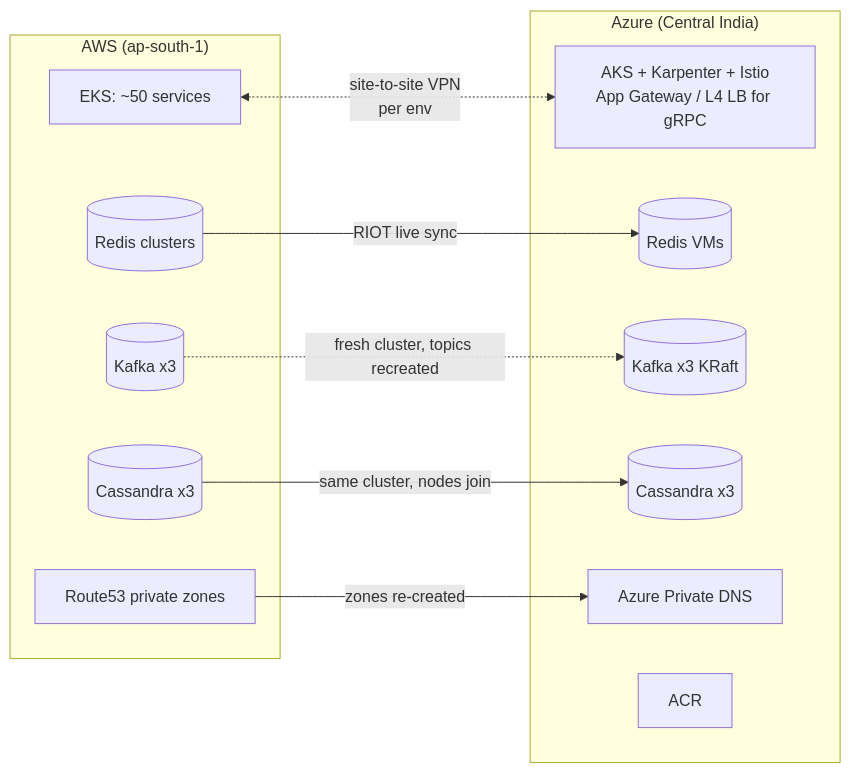
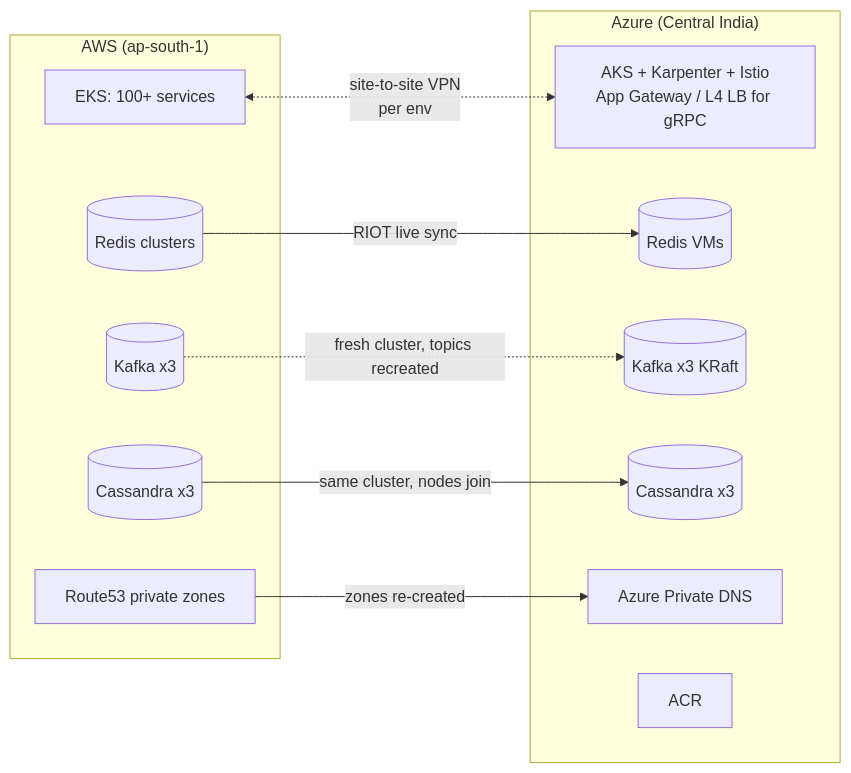
The diagram in README.md (jobinjose6317/aws-to-azure-migration-eks-to-aks), drawn with Mermaid before and after one commit. The commit also changed other lines of this file and 1 other file, not shown here.

````diff
--- a/README.md
+++ b/README.md
@@ -8,23 +8,23 @@
 ```mermaid
 flowchart LR
   subgraph AWS["AWS (ap-south-1)"]
-    EKS[EKS: ~50 services]
+    EKS[EKS: 100+ services]
     RA[(Redis clusters)]
     KA[(Kafka x3)]
     CA[(Cassandra x3)]
     R53[Route53 private zones]
   end
   subgraph AZ["Azure (Central India)"]
     AKS[AKS + Karpenter + Istio<br/>App Gateway / L4 LB for gRPC]
     RZ[(Redis VMs)]
     KZ[(Kafka x3 KRaft)]
     CZ[(Cassandra x3)]
     PDNS[Azure Private DNS]
     ACR[ACR]
   end
   EKS <-. site-to-site VPN<br/>per env .-> AKS
   RA -- RIOT live sync --> RZ
   CA -- same cluster, nodes join --> CZ
   KA -. fresh cluster, topics recreated .-> KZ
   R53 -- zones re-created --> PDNS
 ```
````
